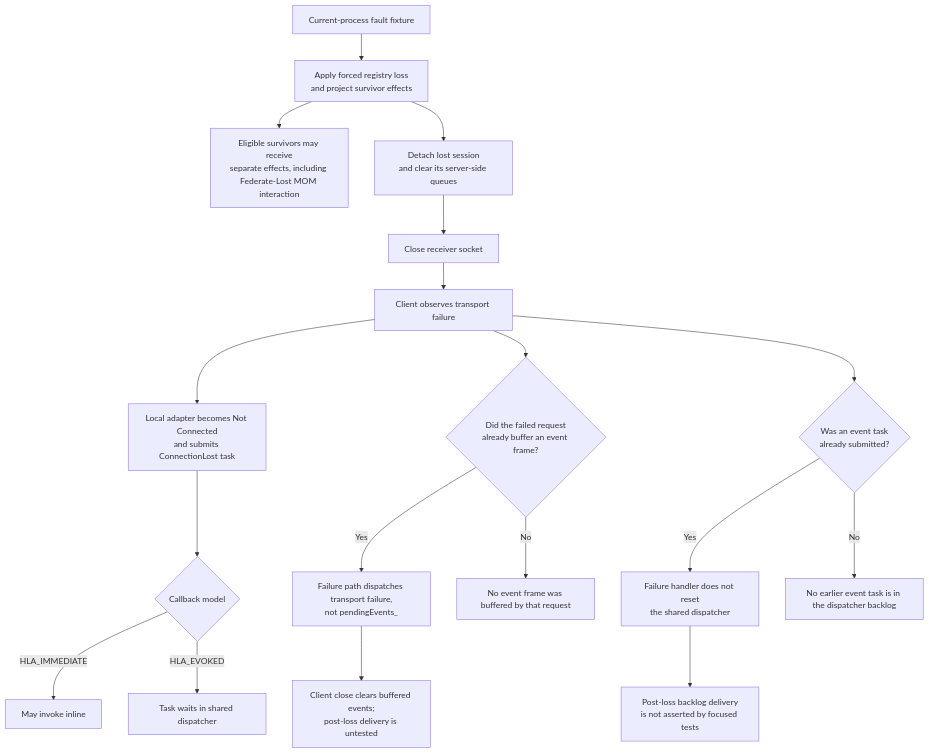
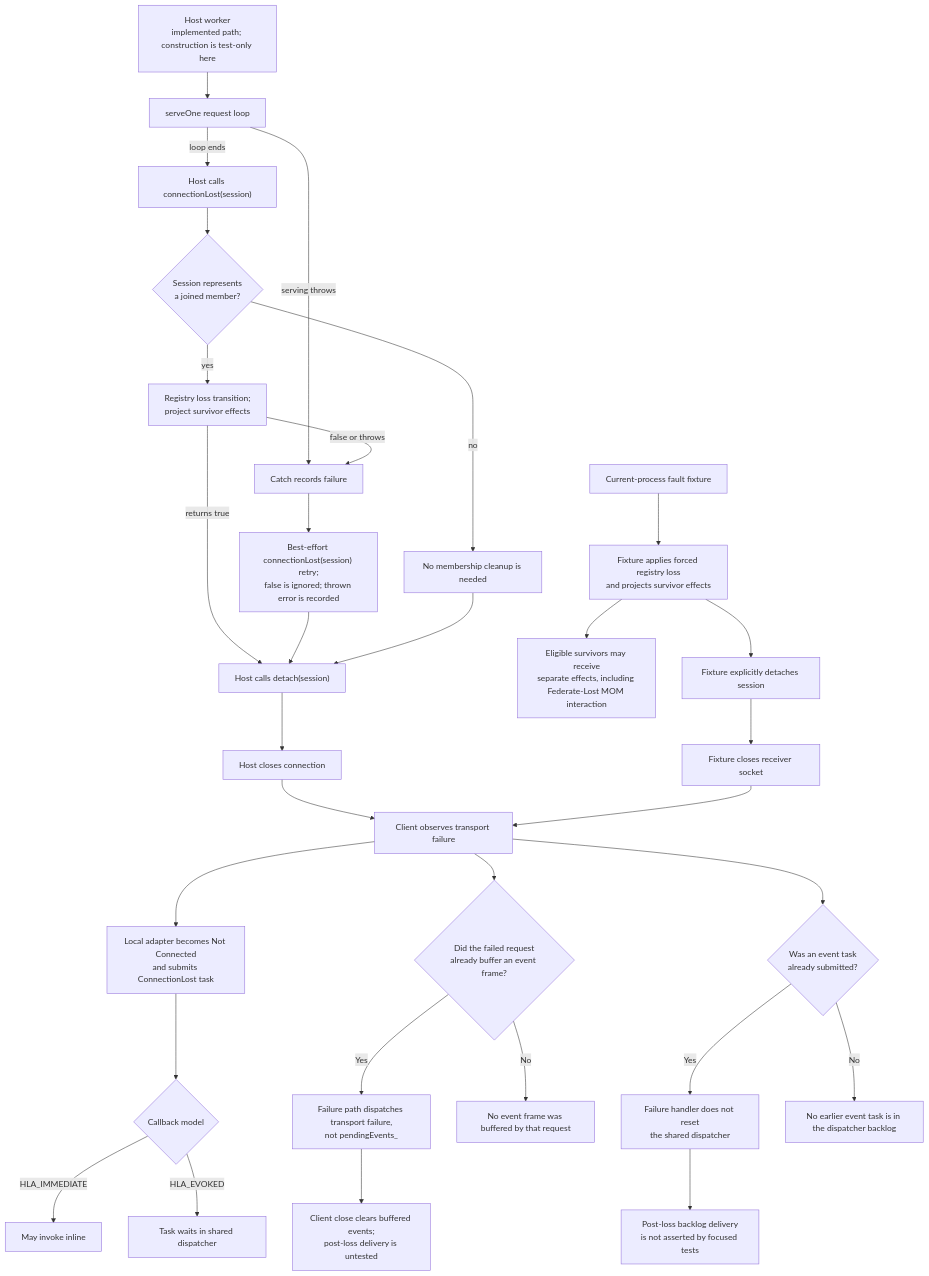
Diagram 14 of 15 in docs/design/HLA-2025-FEDERATION-AND-FEDERATE-LIFECYCLE-FLOW-GUIDE.md (sheepfling/umbra), drawn with Mermaid before and after one commit. The commit also changed other lines of this file and 668 other files, not shown here.

````diff
--- a/docs/design/HLA-2025-FEDERATION-AND-FEDERATE-LIFECYCLE-FLOW-GUIDE.md
+++ b/docs/design/HLA-2025-FEDERATION-AND-FEDERATE-LIFECYCLE-FLOW-GUIDE.md
@@ -824,20 +845,33 @@
 ```mermaid
 flowchart TD
-  Fixture["Current-process fault fixture"] --> Forced["Apply forced registry loss<br/>and project survivor effects"]
+  Host["Host worker<br/>implemented path; construction is test-only here"] --> Loop["serveOne request loop"]
+  Loop -->|loop ends| HostLoss["Host calls connectionLost(session)"]
+  Loop -->|serving throws| CatchLoss["Catch records failure"]
+  HostLoss --> MemberState{"Session represents<br/>a joined member?"}
+  MemberState -->|no| NoMember["No membership cleanup is needed"]
+  MemberState -->|yes| HostRegistry["Registry loss transition;<br/>project survivor effects"]
+  HostRegistry -->|returns true| HostDetach["Host calls detach(session)"]
+  HostRegistry -->|false or throws| CatchLoss
+  CatchLoss --> CatchRetry["Best-effort connectionLost(session) retry;<br/>false is ignored; thrown error is recorded"]
+  CatchRetry --> HostDetach
+  NoMember --> HostDetach
+  HostDetach --> HostClose["Host closes connection"]
+  Fixture["Current-process fault fixture"] --> Forced["Fixture applies forced registry loss<br/>and projects survivor effects"]
   Forced --> Survivor["Eligible survivors may receive<br/>separate effects, including Federate-Lost MOM interaction"]
-  Forced --> Detach["Detach lost session<br/>and clear its server-side queues"]
-  Detach --> Socket["Close receiver socket"]
-  Socket --> Failure["Client observes transport failure"]
+  Forced --> FixtureDetach["Fixture explicitly detaches session"]
+  FixtureDetach --> FixtureClose["Fixture closes receiver socket"]
+  HostClose --> Failure["Client observes transport failure"]
+  FixtureClose --> Failure
   Failure --> Local["Local adapter becomes Not Connected<br/>and submits ConnectionLost task"]
   Local --> Model{"Callback model"}
   Model -->|HLA_IMMEDIATE| Immediate["May invoke inline"]
   Model -->|HLA_EVOKED| Queued["Task waits in shared dispatcher"]
   Failure --> Buffered{"Did the failed request<br/>already buffer an event frame?"}
   Buffered -->|Yes| Pending["Failure path dispatches transport failure,<br/>not pendingEvents_"]
   Pending --> Closed["Client close clears buffered events;<br/>post-loss delivery is untested"]
   Buffered -->|No| NoBuffered["No event frame was buffered by that request"]
   Failure --> Submitted{"Was an event task<br/>already submitted?"}
   Submitted -->|Yes| Existing["Failure handler does not reset<br/>the shared dispatcher"]
   Existing --> Backlog["Post-loss backlog delivery<br/>is not asserted by focused tests"]
   Submitted -->|No| NoSubmitted["No earlier event task is in the dispatcher backlog"]
 ```
````
